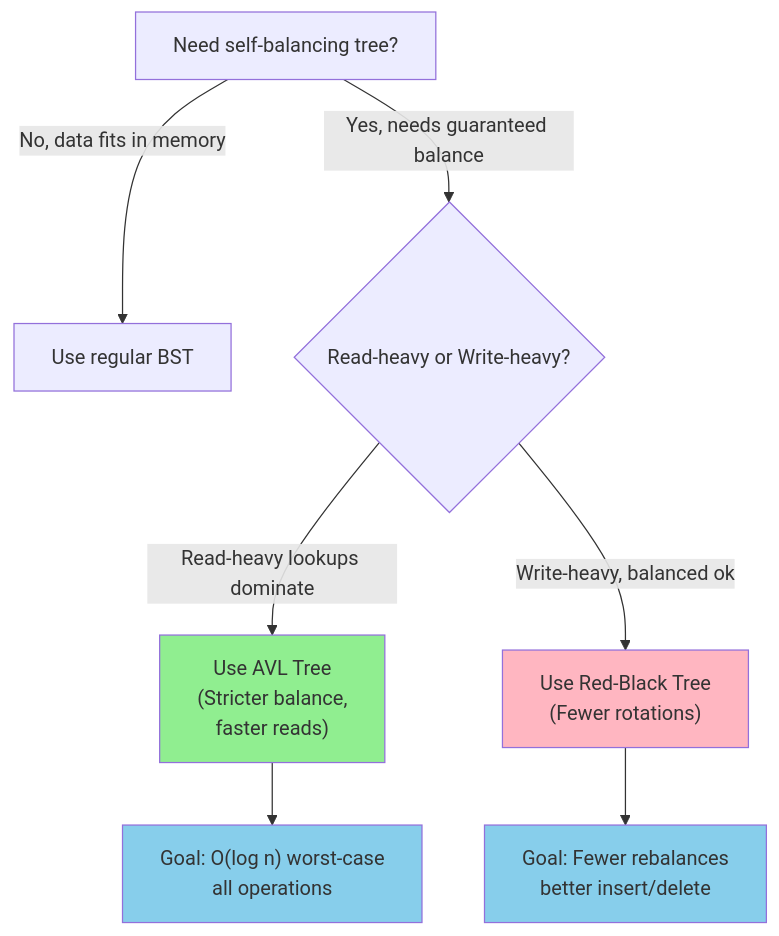
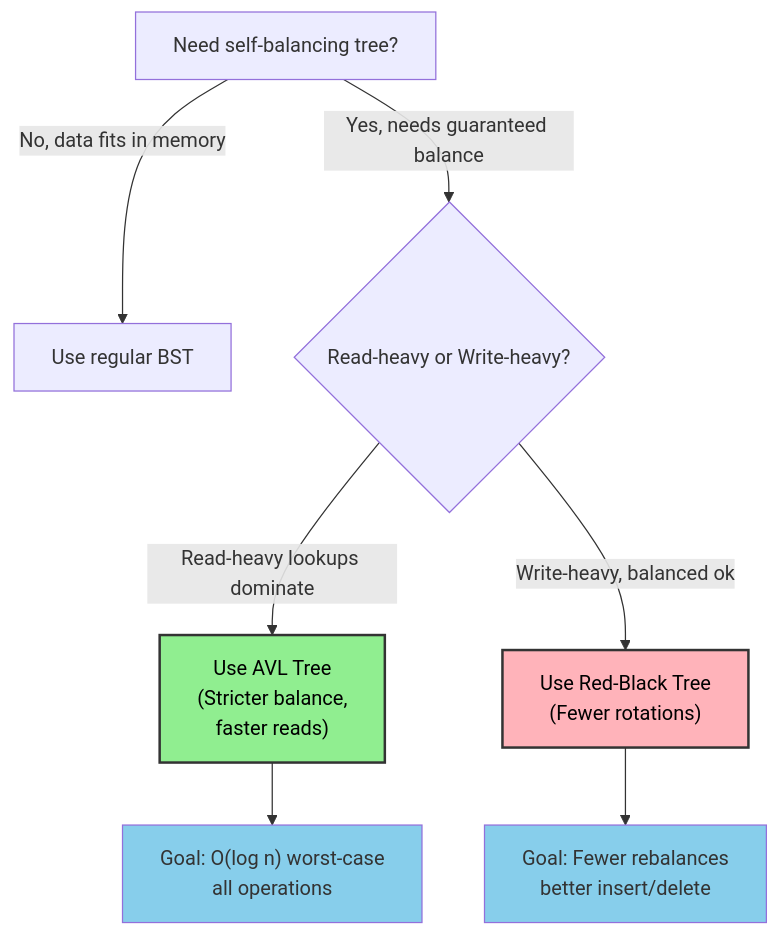
Before and after one commit to souradeepta/interviewprep: the first of 3 diagrams in docs/advanced/avl_tree.md, drawn with Mermaid. The commit also changed other lines of this file and 31 other files, not shown here.

Commit message:
updated graphs

````diff
--- a/docs/advanced/avl_tree.md
+++ b/docs/advanced/avl_tree.md
@@ -19,14 +19,14 @@
 ```mermaid
 graph TD
     A["Need self-balancing tree?"] -->|No, data fits in memory| B["Use regular BST"]
     A -->|Yes, needs guaranteed balance| C{"Read-heavy or Write-heavy?"}
     C -->|Read-heavy lookups dominate| D["Use AVL Tree<br/>(Stricter balance,<br/>faster reads)"]
     C -->|Write-heavy, balanced ok| E["Use Red-Black Tree<br/>(Fewer rotations)"]
     D --> F["Goal: O(log n) worst-case<br/>all operations"]
     E --> G["Goal: Fewer rebalances<br/>better insert/delete"]
     
-    style D fill:#90EE90
-    style E fill:#FFB6C1
+    style D fill:#90ee90,color:#000,stroke:#333,stroke-width:2px
+    style E fill:#ffb3ba,color:#000,stroke:#333,stroke-width:2px
     style F fill:#87CEEB
     style G fill:#87CEEB
 ```
````
